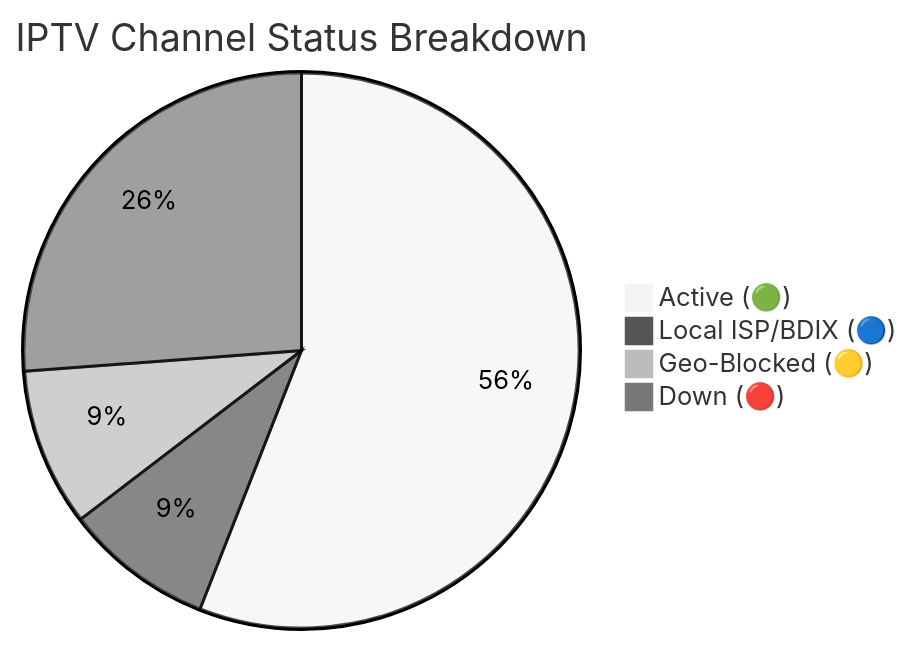
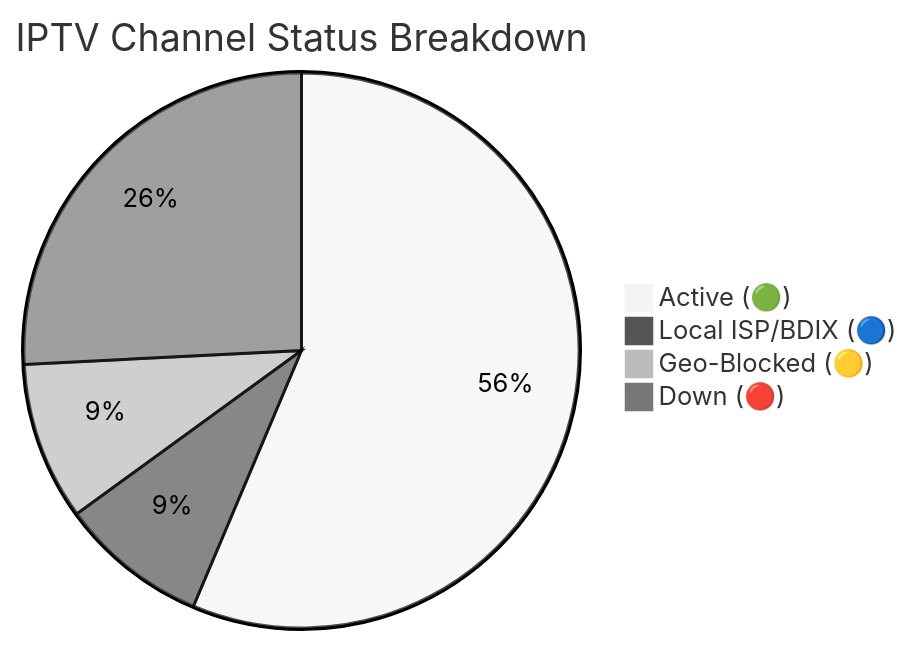
Before and after one commit to Zaman-Topu/Ip-tv-Collection: the diagram in README.md, drawn with Mermaid (neutral theme). The commit also changed other lines of this file and 6 other files, not shown here.

````diff
--- a/README.md
+++ b/README.md
@@ -149,7 +149,7 @@
 ```mermaid
 pie title IPTV Channel Status Breakdown
-    "Active (🟢)" : 10417
-    "Local ISP/BDIX (🔵)" : 1612
-    "Geo-Blocked (🟡)" : 1712
-    "Down (🔴)" : 4876
+    "Active (🟢)" : 10466
+    "Local ISP/BDIX (🔵)" : 1602
+    "Geo-Blocked (🟡)" : 1709
+    "Down (🔴)" : 4791
 ```
````
